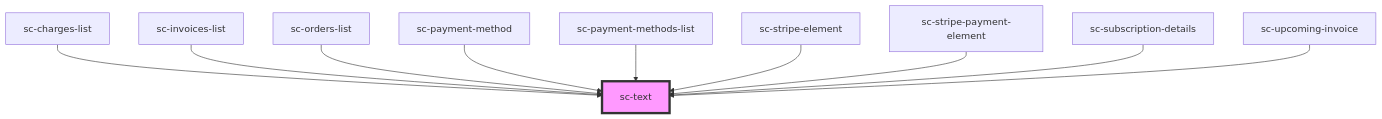
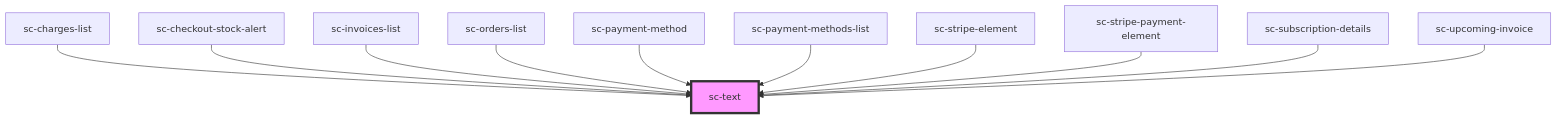
One commit to surecart/surecart-wp-plugin changed the diagram in packages/components/src/components/ui/text/readme.md. Above: the diagram before and after it, drawn with Mermaid. The commit also changed other lines of this file and 34 other files, not shown here.

````diff
--- a/packages/components/src/components/ui/text/readme.md
+++ b/packages/components/src/components/ui/text/readme.md
@@ -31,13 +32,14 @@
 ```mermaid
 graph TD;
   sc-charges-list --> sc-text
+  sc-checkout-stock-alert --> sc-text
   sc-invoices-list --> sc-text
   sc-orders-list --> sc-text
   sc-payment-method --> sc-text
   sc-payment-methods-list --> sc-text
   sc-stripe-element --> sc-text
   sc-stripe-payment-element --> sc-text
   sc-subscription-details --> sc-text
   sc-upcoming-invoice --> sc-text
   style sc-text fill:#f9f,stroke:#333,stroke-width:4px
 ```
````
